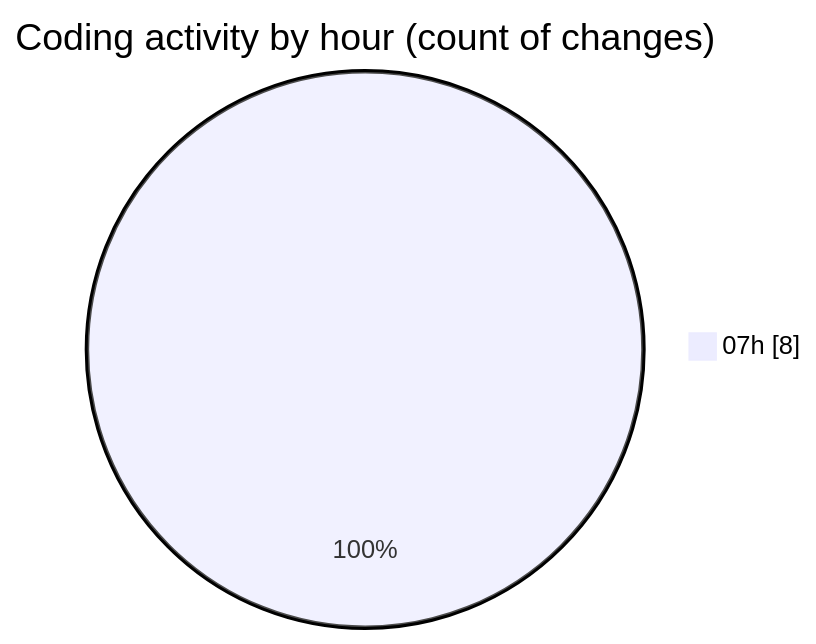
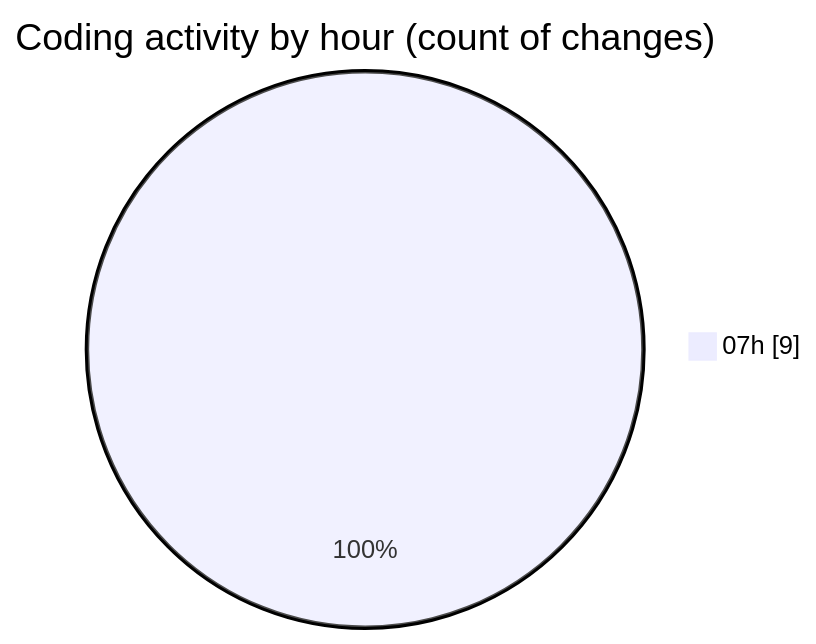
Before and after one commit to LanceThiago/code-tracking: the second of 2 diagrams in 2026-09-01/web/README.md, drawn with Mermaid. The commit also changed other lines of this file and 1 other file, not shown here.

````diff
--- a/2026-09-01/web/README.md
+++ b/2026-09-01/web/README.md
@@ -30,5 +30,5 @@
 ```mermaid
 pie showData
 title Coding activity by hour (count of changes)
-"07h" : 8
+"07h" : 9
 ```
````
